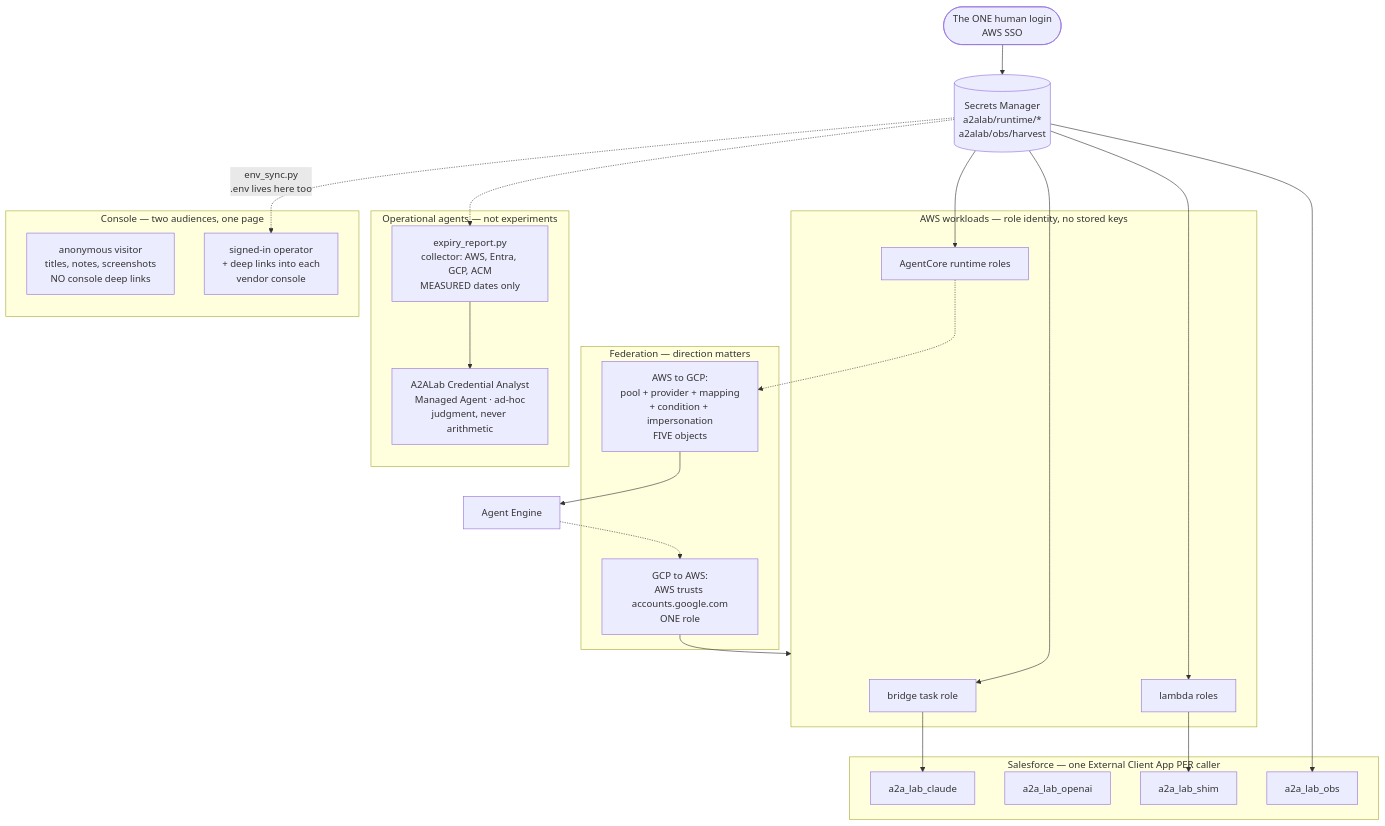
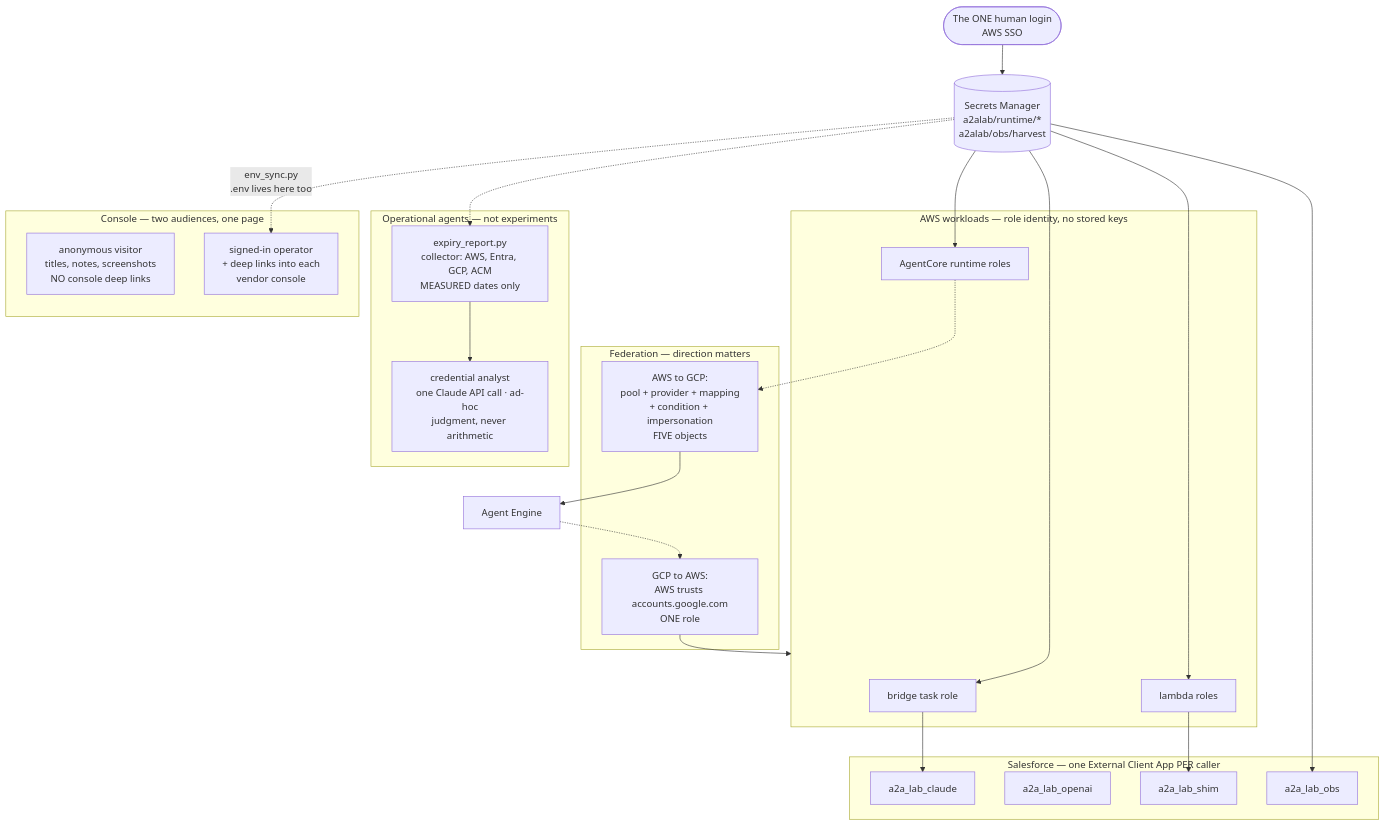
One commit to congmingwudi/a2a-lab changed the fifth of 7 diagrams in plan/09-deployment-map.md. Above: the diagram before and after it, drawn with Mermaid. The commit also changed other lines of this file and 32 other files, not shown here.

````diff
--- a/plan/09-deployment-map.md
+++ b/plan/09-deployment-map.md
@@ -247,46 +247,46 @@
 ```mermaid
 flowchart TB
   HUMAN(["The ONE human login<br/>AWS SSO"])
   HUMAN --> SM[("Secrets Manager<br/>a2alab/runtime/*<br/>a2alab/obs/harvest")]
 
   subgraph AWSID["AWS workloads — role identity, no stored keys"]
     TR["bridge task role"]
     LR["lambda roles"]
     AR["AgentCore runtime roles"]
   end
   SM --> TR
   SM --> LR
   SM --> AR
 
   subgraph SFID["Salesforce — one External Client App PER caller"]
     E1["a2a_lab_claude"]
     E2["a2a_lab_openai"]
     E3["a2a_lab_shim"]
     E4["a2a_lab_obs"]
   end
   TR --> E1
   LR --> E3
   SM --> E4
 
   subgraph FED["Federation — direction matters"]
     G2A["GCP to AWS:<br/>AWS trusts accounts.google.com<br/>ONE role"]
     A2G["AWS to GCP:<br/>pool + provider + mapping<br/>+ condition + impersonation<br/>FIVE objects"]
   end
   AR -.-> A2G
   A2G --> ADKX["Agent Engine"]
   ADKX -.-> G2A
   G2A --> AWSID
 
   subgraph OPS["Operational agents — not experiments"]
     EXP["expiry_report.py<br/>collector: AWS, Entra, GCP, ACM<br/>MEASURED dates only"]
-    CANA["A2ALab Credential Analyst<br/>Managed Agent · ad-hoc<br/>judgment, never arithmetic"]
+    CANA["credential analyst<br/>one Claude API call · ad-hoc<br/>judgment, never arithmetic"]
     EXP --> CANA
   end
   SM -.-> EXP
 
   subgraph PUB["Console — two audiences, one page"]
     ANON["anonymous visitor<br/>titles, notes, screenshots<br/>NO console deep links"]
     OPER["signed-in operator<br/>+ deep links into each<br/>vendor console"]
   end
   SM -.->|"env_sync.py<br/>.env lives here too"| OPER
 ```
````
